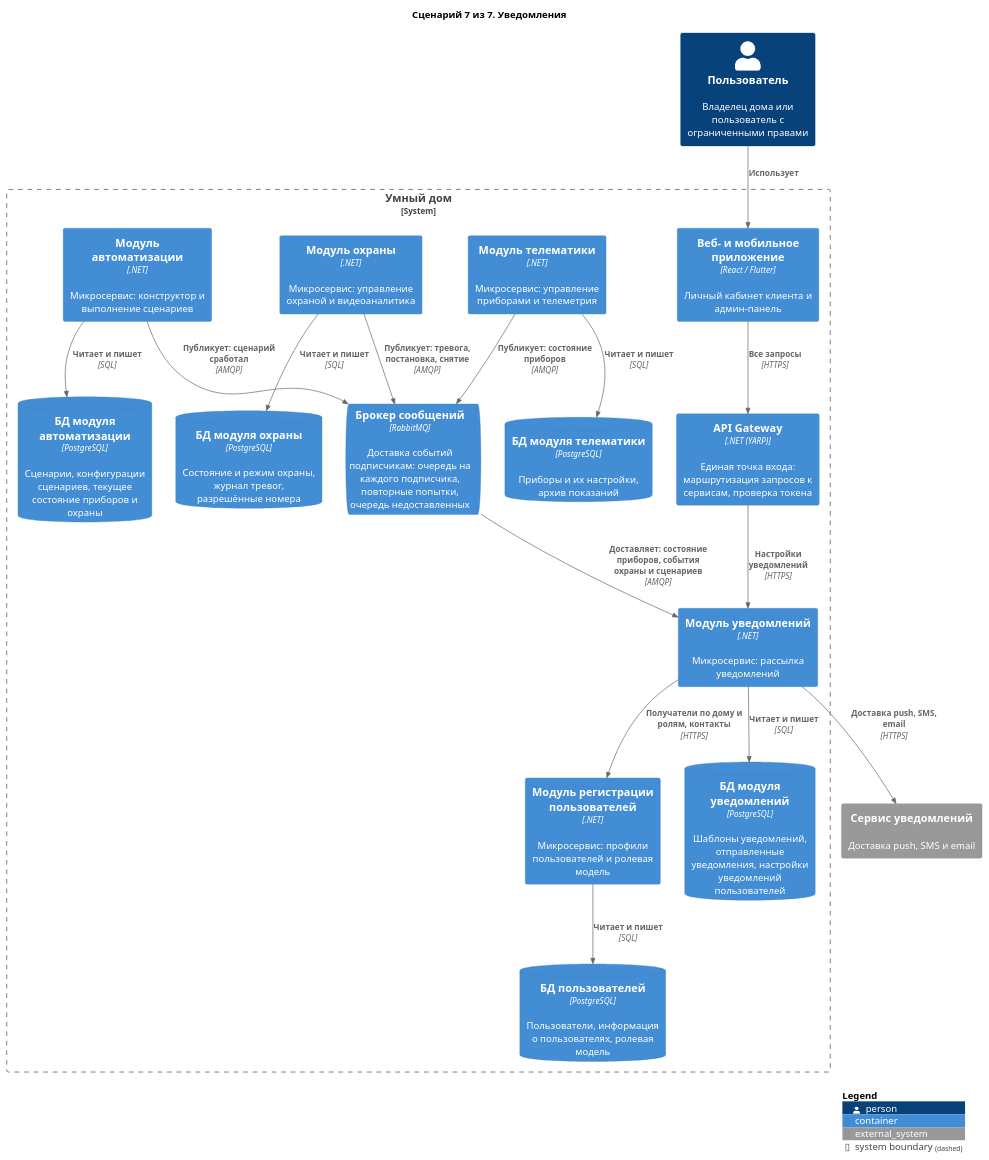
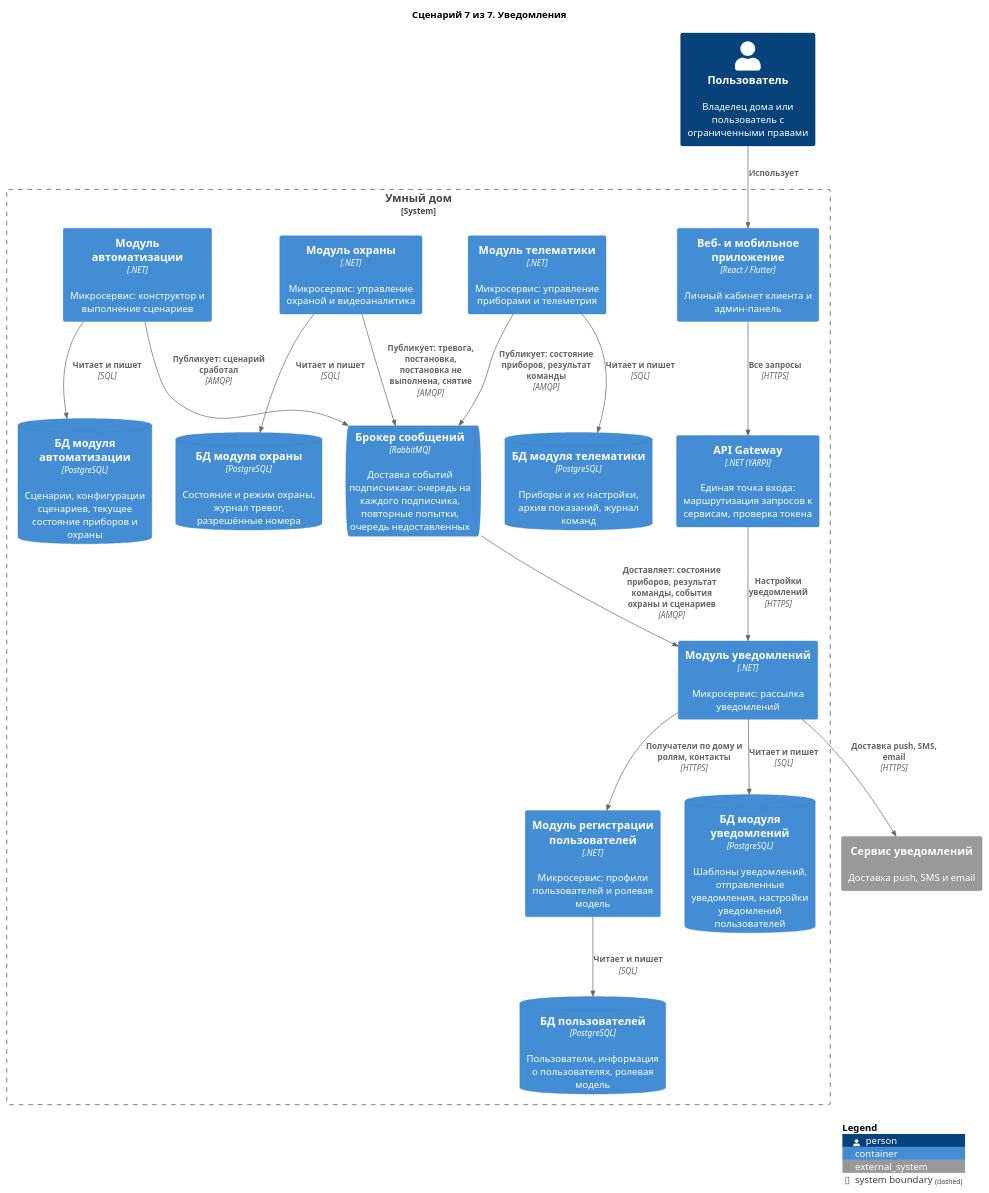
Before and after one commit to Lyamin-av/architecture-warmhouse: the diagram in diagrams/containers-scenarios/07-notifications.puml, drawn with PlantUML. The commit also changed 35 other files, not shown here.

Commit message:
Диаграммы Задания 2 по решениям Задания 4: результат команды, итоговые события сервисов, correlationId, журнал команд, категория и вид прибора, SetModeAsync с температурой

```diff
--- a/diagrams/containers-scenarios/07-notifications.puml
+++ b/diagrams/containers-scenarios/07-notifications.puml
@@ -1,43 +1,43 @@
 @startuml 07-notifications
 !include <C4/C4_Container>
 
 title Сценарий 7 из 7. Уведомления
 
 Person(user, "Пользователь", "Владелец дома или пользователь с ограниченными правами")
 
 System_Boundary(Warmhouse, "Умный дом") {
     Container(apps, "Веб- и мобильное приложение", "React / Flutter", "Личный кабинет клиента и админ-панель")
     Container(Gateway, "API Gateway", ".NET (YARP)", "Единая точка входа: маршрутизация запросов к сервисам, проверка токена")
     Container(Notification, "Модуль уведомлений", ".NET", "Микросервис: рассылка уведомлений")
     Container(Users, "Модуль регистрации пользователей", ".NET", "Микросервис: профили пользователей и ролевая модель")
     ContainerQueue(Broker, "Брокер сообщений", "RabbitMQ", "Доставка событий подписчикам: очередь на каждого подписчика, повторные попытки, очередь недоставленных")
     Container(Telematics, "Модуль телематики", ".NET", "Микросервис: управление приборами и телеметрия")
     Container(Security, "Модуль охраны", ".NET", "Микросервис: управление охраной и видеоаналитика")
     Container(Automation, "Модуль автоматизации", ".NET", "Микросервис: конструктор и выполнение сценариев")
     ContainerDb(dbSecurity, "БД модуля охраны", "PostgreSQL", "Состояние и режим охраны, журнал тревог, разрешённые номера")
-    ContainerDb(dbTelematics, "БД модуля телематики", "PostgreSQL", "Приборы и их настройки, архив показаний")
+    ContainerDb(dbTelematics, "БД модуля телематики", "PostgreSQL", "Приборы и их настройки, архив показаний, журнал команд")
     ContainerDb(dbAuto, "БД модуля автоматизации", "PostgreSQL", "Сценарии, конфигурации сценариев, текущее состояние приборов и охраны")
     ContainerDb(dbNot, "БД модуля уведомлений", "PostgreSQL", "Шаблоны уведомлений, отправленные уведомления, настройки уведомлений пользователей")
     ContainerDb(dbUsers, "БД пользователей", "PostgreSQL", "Пользователи, информация о пользователях, ролевая модель")
 }
 
 System_Ext(notify, "Сервис уведомлений", "Доставка push, SMS и email")
 
 Rel(user, apps, "Использует")
 Rel(apps, Gateway, "Все запросы", "HTTPS")
 Rel(Gateway, Notification, "Настройки уведомлений", "HTTPS")
-Rel(Telematics, Broker, "Публикует: состояние приборов", "AMQP")
-Rel(Security, Broker, "Публикует: тревога, постановка, снятие", "AMQP")
+Rel(Telematics, Broker, "Публикует: состояние приборов, результат команды", "AMQP")
+Rel(Security, Broker, "Публикует: тревога, постановка, постановка не выполнена, снятие", "AMQP")
 Rel(Automation, Broker, "Публикует: сценарий сработал", "AMQP")
-Rel(Broker, Notification, "Доставляет: состояние приборов, события охраны и сценариев", "AMQP")
+Rel(Broker, Notification, "Доставляет: состояние приборов, результат команды, события охраны и сценариев", "AMQP")
 Rel(Notification, Users, "Получатели по дому и ролям, контакты", "HTTPS")
 Rel(Notification, notify, "Доставка push, SMS, email", "HTTPS")
 
 Rel(Security, dbSecurity, "Читает и пишет", "SQL")
 Rel(Telematics, dbTelematics, "Читает и пишет", "SQL")
 Rel(Automation, dbAuto, "Читает и пишет", "SQL")
 Rel(Notification, dbNot, "Читает и пишет", "SQL")
 Rel(Users, dbUsers, "Читает и пишет", "SQL")
 
 SHOW_LEGEND()
 @enduml
```
